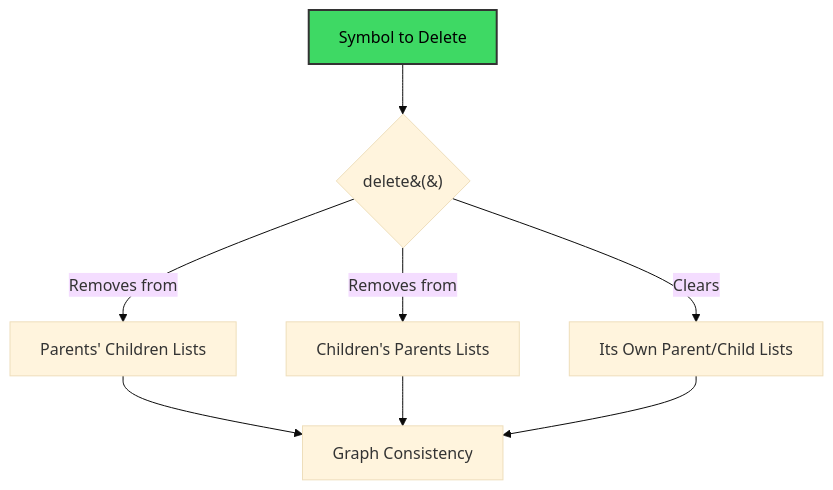
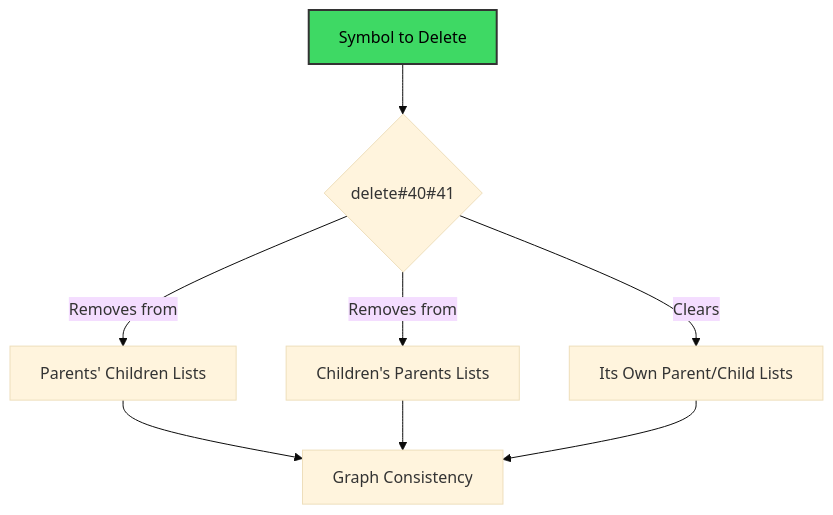
Before and after one commit to ikko/sym: the eighth of 13 diagrams in docs/readme_details/8_api_highlights/index.md, drawn with Mermaid (base theme). The commit also changed other lines of this file and 38 other files, not shown here.

Commit message:
mermaids maybe fixed

````diff
--- a/docs/readme_details/8_api_highlights/index.md
+++ b/docs/readme_details/8_api_highlights/index.md
@@ -339,14 +339,14 @@
 ```mermaid
 graph TD
-    A[Symbol to Delete] --> B{delete&#40;&#41;};
+    A[Symbol to Delete] --> B{delete#40#41};
     B -- "Removes from" --> C[Parents' Children Lists];
     B -- "Removes from" --> D[Children's Parents Lists];
     B -- "Clears" --> E[Its Own Parent/Child Lists];
     C --> F[Graph Consistency];
     D --> F;
     E --> F;
 
     style A fill:#3ed964,stroke:#333,stroke-width:2px,color:#000000;
 
     style A fill:#3ed964,stroke:#333,stroke-width:2px,color:#000000;
 ```
````
